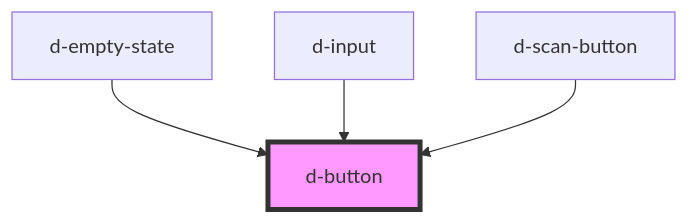
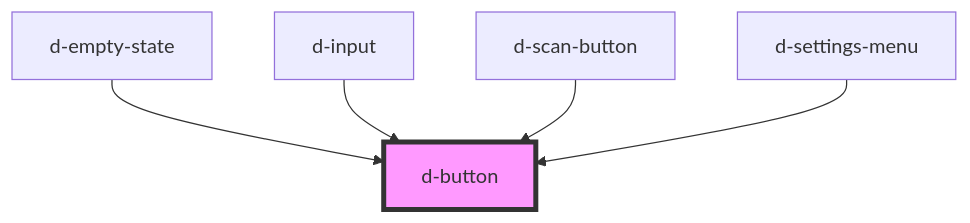
The diagram in src/components/button/readme.md (ForkbombEu/didroom-components), drawn with Mermaid before and after one commit. The commit also changed other lines of this file and 6 other files, not shown here.

Commit message:
feat: add app settings menu

````diff
--- a/src/components/button/readme.md
+++ b/src/components/button/readme.md
@@ -40,7 +41,8 @@
 ```mermaid
 graph TD;
   d-empty-state --> d-button
   d-input --> d-button
   d-scan-button --> d-button
+  d-settings-menu --> d-button
   style d-button fill:#f9f,stroke:#333,stroke-width:4px
 ```
````
